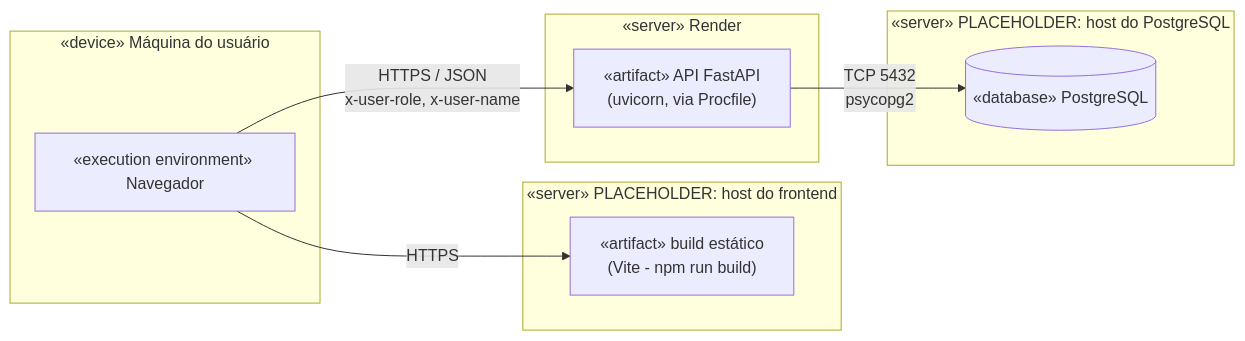
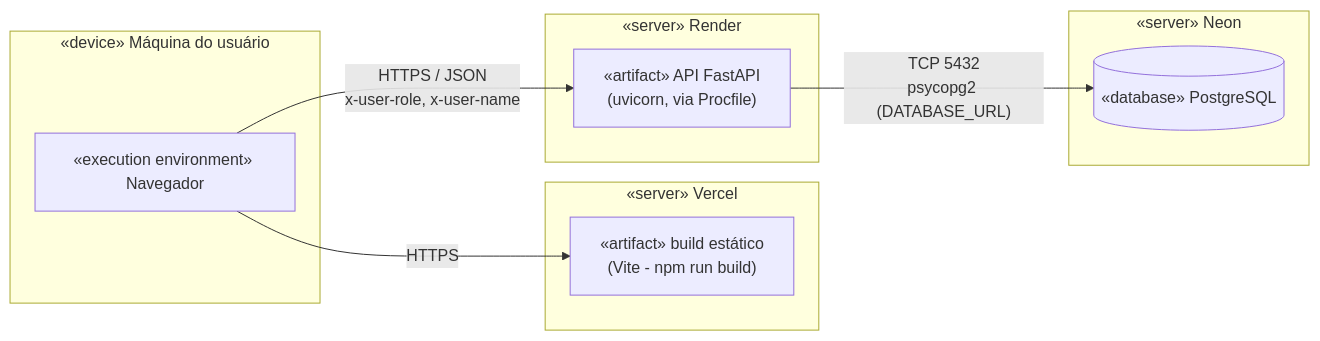
Before and after one commit to Mykaell-Max/Gerenciador-de-estoque-PDS: the seventh of 7 diagrams in wiki/Análise-e-Projeto-do-Software.md, drawn with Mermaid. The commit also changed other lines of this file and 3 other files, not shown here.

````diff
--- a/wiki/Análise-e-Projeto-do-Software.md
+++ b/wiki/Análise-e-Projeto-do-Software.md
@@ -284,22 +284,22 @@
 ```mermaid
 flowchart LR
     subgraph ClientNode["«device» Máquina do usuário"]
         Browser["«execution environment» Navegador"]
     end
 
-    subgraph HostFE["«server» PLACEHOLDER: host do frontend"]
+    subgraph HostFE["«server» Vercel"]
         FEArtifact["«artifact» build estático\n(Vite - npm run build)"]
     end
 
     subgraph HostBE["«server» Render"]
         BEArtifact["«artifact» API FastAPI\n(uvicorn, via Procfile)"]
     end
 
-    subgraph HostDB["«server» PLACEHOLDER: host do PostgreSQL"]
+    subgraph HostDB["«server» Neon"]
         DBArtifact[("«database» PostgreSQL")]
     end
 
     Browser -- "HTTPS" --> FEArtifact
     Browser -- "HTTPS / JSON\nx-user-role, x-user-name" --> BEArtifact
-    BEArtifact -- "TCP 5432\npsycopg2" --> DBArtifact
+    BEArtifact -- "TCP 5432\npsycopg2 (DATABASE_URL)" --> DBArtifact
 ```
````
